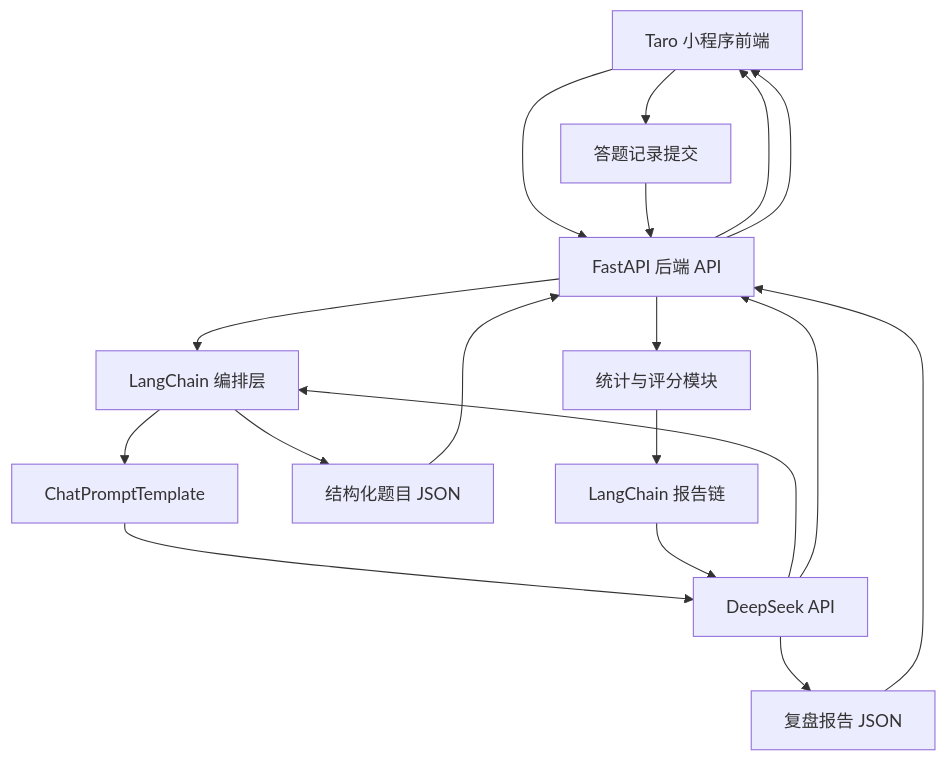
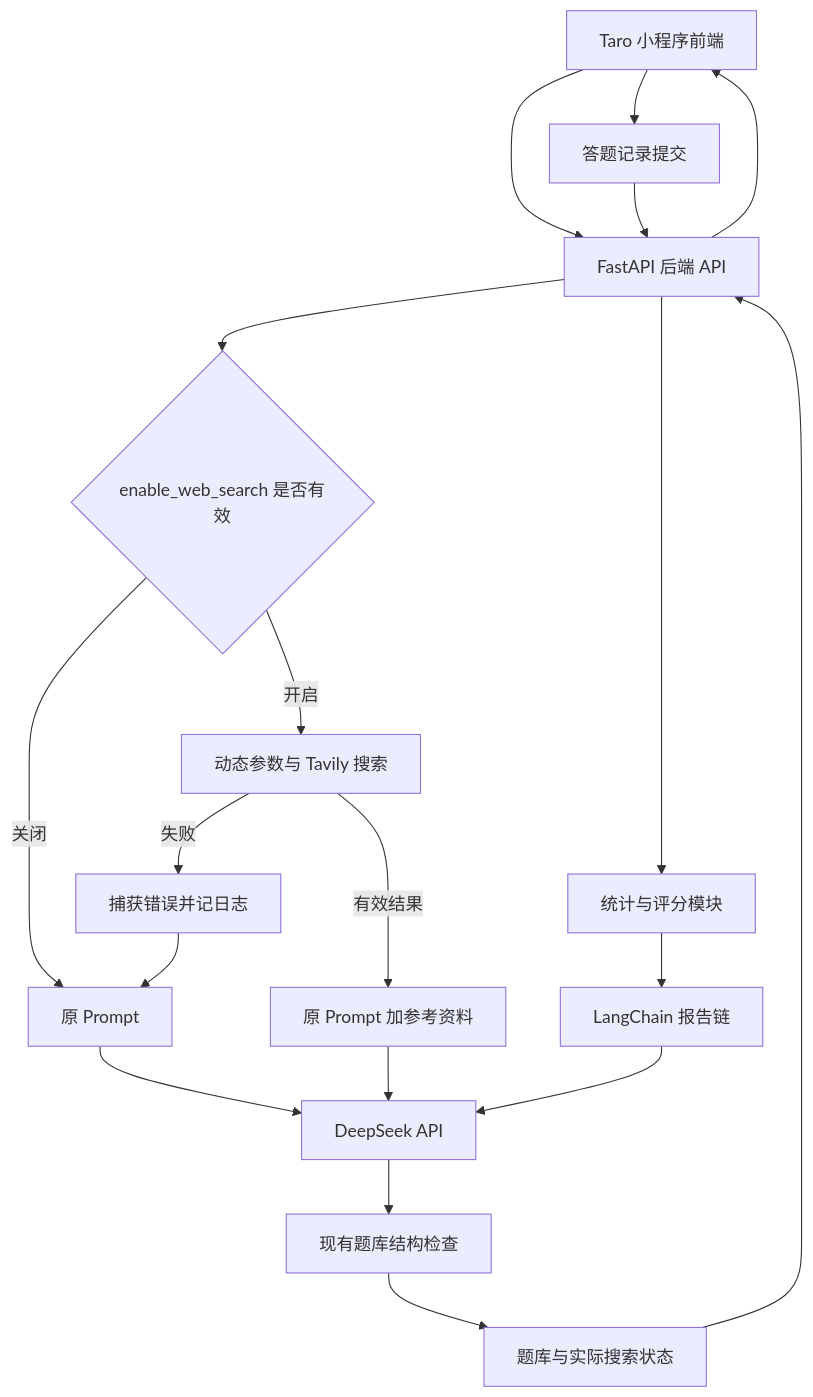
Before and after one commit to Lancycool/ai_learning_miniprogram: the diagram in docs/方案设计文档.md, drawn with Mermaid. The commit also changed other lines of this file and 46 other files, not shown here.

````diff
--- a/docs/方案设计文档.md
+++ b/docs/方案设计文档.md
@@ -147,21 +151,21 @@
 ```mermaid
 graph TD
-  A[Taro 小程序前端] --> B[FastAPI 后端 API]
-    B --> C[LangChain 编排层]
-    C --> D[ChatPromptTemplate]
-    D --> E[DeepSeek API]
-    E --> C
-    C --> F[结构化题目 JSON]
-    F --> B
+    A[Taro 小程序前端] --> B[FastAPI 后端 API]
+    B --> K{enable_web_search 是否有效}
+    K -->|开启| L[动态参数与 Tavily 搜索]
+    K -->|关闭| C[原 Prompt]
+    L -->|有效结果| M[原 Prompt 加参考资料]
+    L -->|失败| N[捕获错误并记日志]
+    N --> C
+    C --> E[DeepSeek API]
+    M --> E
+    E --> F[现有题库结构检查]
+    F --> O[题库与实际搜索状态]
+    O --> B
     B --> A
-
     A --> G[答题记录提交]
     G --> B
     B --> H[统计与评分模块]
     H --> I[LangChain 报告链]
     I --> E
-    E --> J[复盘报告 JSON]
-    J --> B
-    E --> B
-    B --> A
 ```
````
